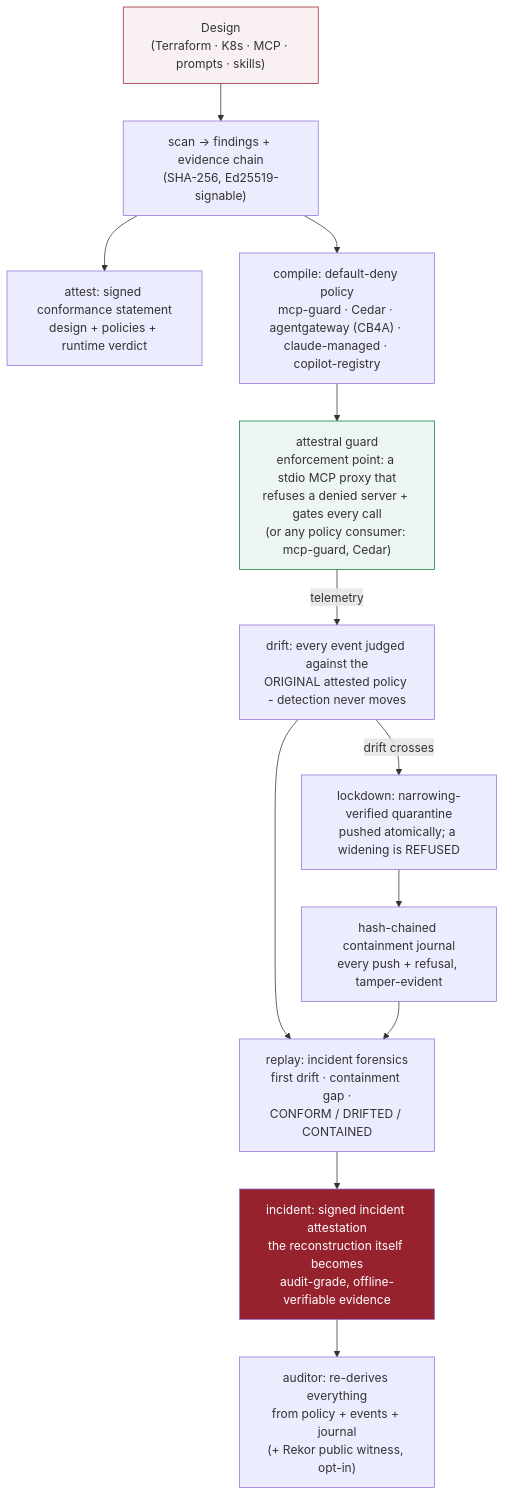
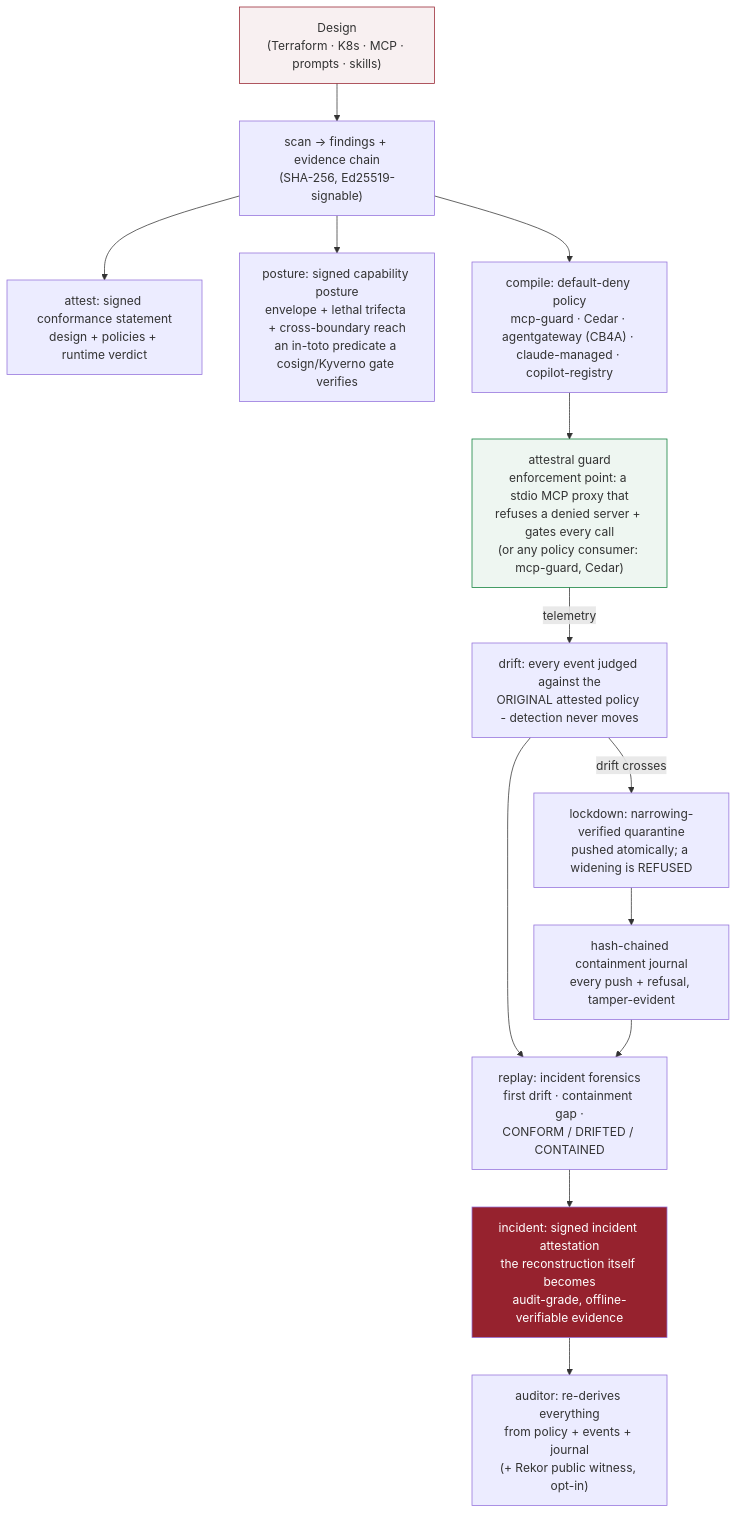
Before and after one commit to attestral-labs/attestral: the third of 5 diagrams in README.md, drawn with Mermaid. The commit also changed other lines of this file and 6 other files, not shown here.

````diff
--- a/README.md
+++ b/README.md
@@ -330,17 +330,18 @@
 ```mermaid
 flowchart TB
     DES["Design<br/>(Terraform · K8s · MCP · prompts · skills)"] --> SCAN["scan -> findings + evidence chain<br/>(SHA-256, Ed25519-signable)"]
     SCAN --> ATT["attest: signed conformance statement<br/>design + policies + runtime verdict"]
+    SCAN --> POS["posture: signed capability posture<br/>envelope + lethal trifecta + cross-boundary reach<br/>an in-toto predicate a cosign/Kyverno gate verifies"]
     SCAN --> CMP["compile: default-deny policy<br/>mcp-guard · Cedar · agentgateway (CB4A) · claude-managed · copilot-registry"]
     CMP --> ENF["attestral guard<br/>enforcement point: a stdio MCP proxy that<br/>refuses a denied server + gates every call<br/>(or any policy consumer: mcp-guard, Cedar)"]
     ENF -->|telemetry| DRIFT["drift: every event judged against the<br/>ORIGINAL attested policy - detection never moves"]
     DRIFT -->|"drift crosses"| LOCK["lockdown: narrowing-verified quarantine<br/>pushed atomically; a widening is REFUSED"]
     LOCK --> JRNL["hash-chained containment journal<br/>every push + refusal, tamper-evident"]
     DRIFT --> RPL["replay: incident forensics<br/>first drift · containment gap ·<br/>CONFORM / DRIFTED / CONTAINED"]
     JRNL --> RPL
     RPL --> INC2["incident: signed incident attestation<br/>the reconstruction itself becomes<br/>audit-grade, offline-verifiable evidence"]
     INC2 --> AUD["auditor: re-derives everything<br/>from policy + events + journal<br/>(+ Rekor public witness, opt-in)"]
     style DES fill:#96222E11,stroke:#96222E
     style ENF fill:#0a7d3611,stroke:#0a7d36
     style INC2 fill:#96222E,color:#fff
 ```
````
